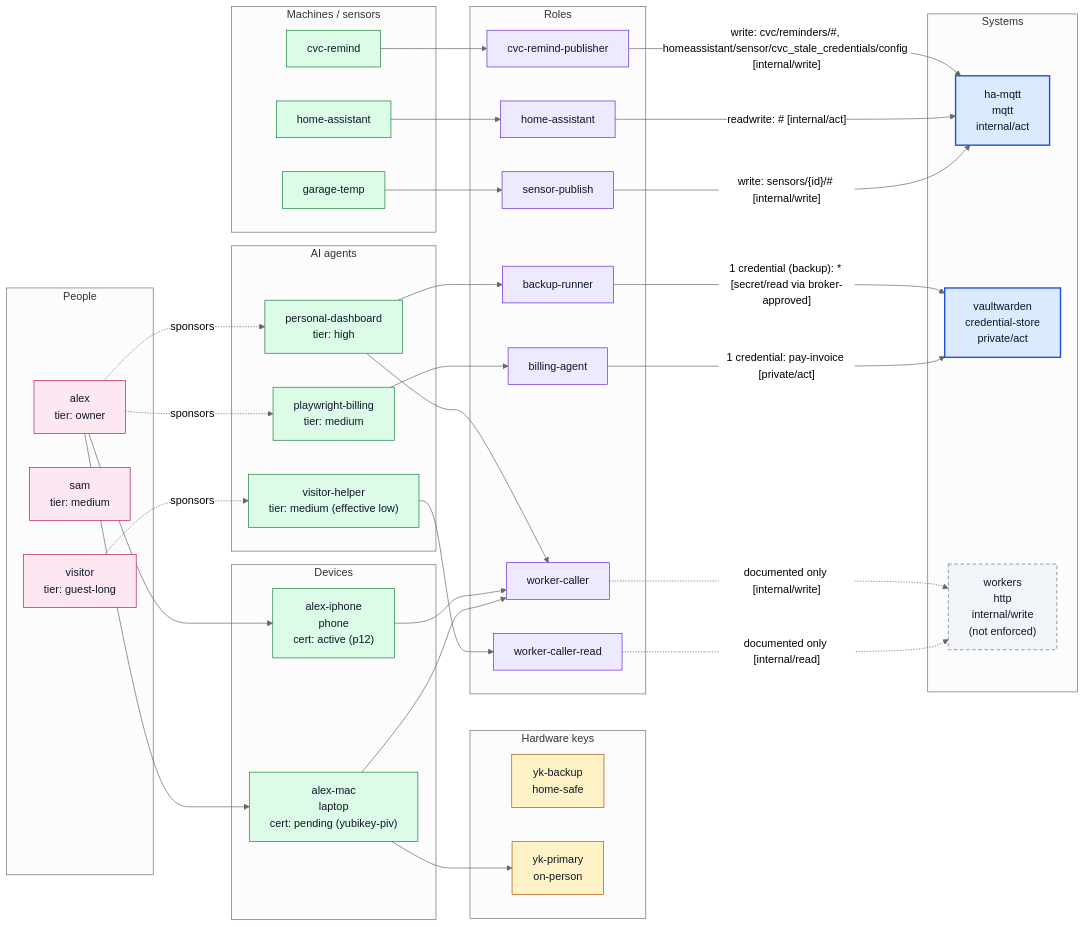
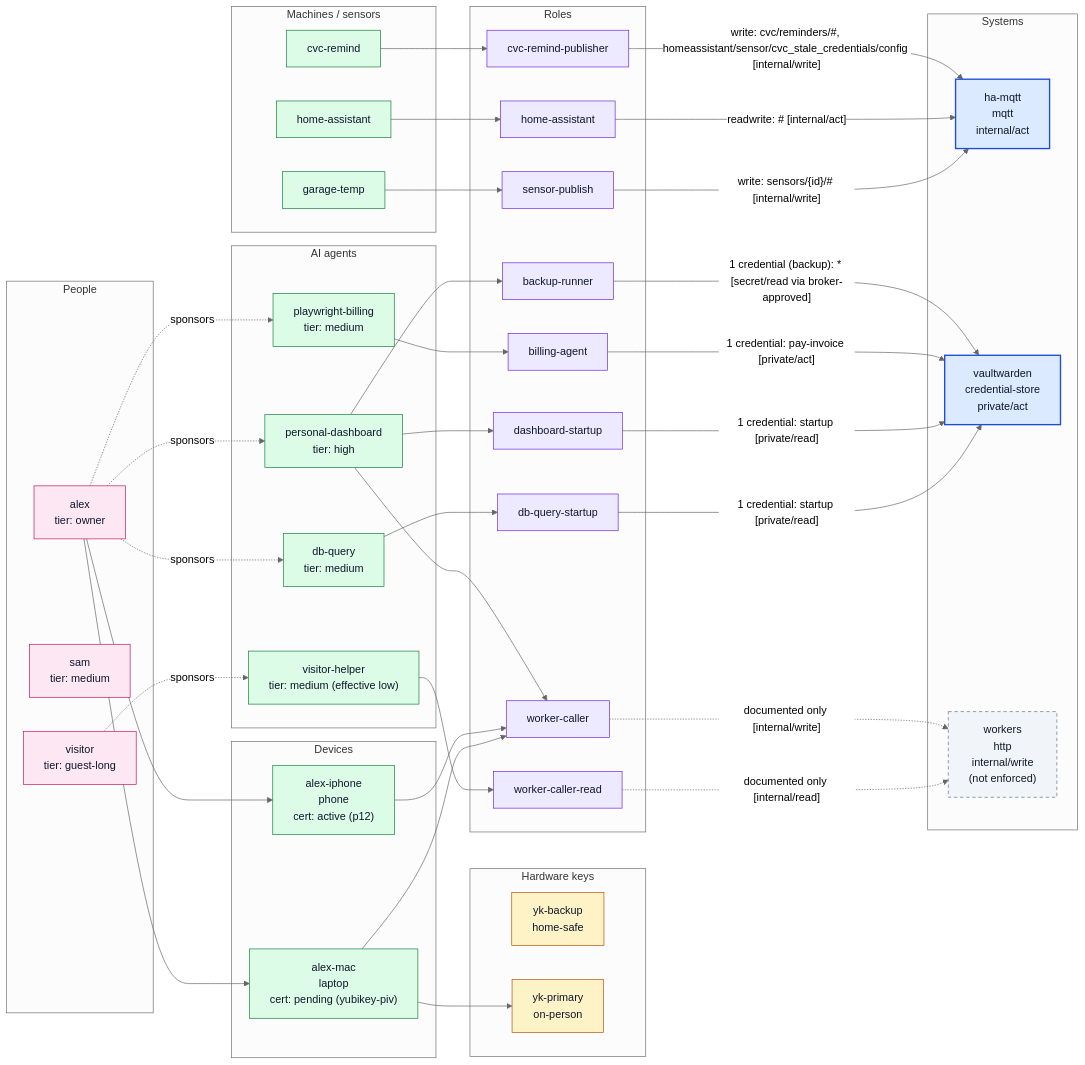
One commit to opusvar/credential_organizer changed the diagram in docs/access-graph.example.md. Above: the diagram before and after it, drawn with Mermaid (neutral theme). The commit also changed other lines of this file and 3 other files, not shown here.

First line of the commit message:
register personal-dashboard and db-query agents

````diff
--- a/docs/access-graph.example.md
+++ b/docs/access-graph.example.md
@@ -5,6 +5,7 @@
 ```mermaid
 flowchart LR
     subgraph agents["AI agents"]
+        p_db_query["db-query<br/>tier: medium"]
         p_personal_dashboard["personal-dashboard<br/>tier: high"]
         p_playwright_billing["playwright-billing<br/>tier: medium"]
         p_visitor_helper["visitor-helper<br/>tier: medium (effective low)"]
@@ -31,6 +32,8 @@
         r_backup_runner["backup-runner"]
         r_billing_agent["billing-agent"]
         r_cvc_remind_publisher["cvc-remind-publisher"]
+        r_dashboard_startup["dashboard-startup"]
+        r_db_query_startup["db-query-startup"]
         r_home_assistant["home-assistant"]
         r_sensor_publish["sensor-publish"]
         r_worker_caller["worker-caller"]
@@ -44,10 +47,13 @@
     u_alex --> p_alex_iphone
     u_alex --> p_alex_mac
     p_alex_mac --> k_yk_primary
+    u_alex -.->|"sponsors"| p_db_query
     u_alex -.->|"sponsors"| p_personal_dashboard
     u_alex -.->|"sponsors"| p_playwright_billing
     u_visitor -.->|"sponsors"| p_visitor_helper
+    p_db_query --> r_db_query_startup
     p_personal_dashboard --> r_backup_runner
+    p_personal_dashboard --> r_dashboard_startup
     p_personal_dashboard --> r_worker_caller
     p_playwright_billing --> r_billing_agent
     p_visitor_helper --> r_worker_caller_read
@@ -59,6 +65,8 @@
     r_backup_runner -->|"1 credential #40;backup#41;: * #91;secret/read via broker-approved#93;"| s_vaultwarden
     r_billing_agent -->|"1 credential: pay-invoice #91;private/act#93;"| s_vaultwarden
     r_cvc_remind_publisher -->|"write: cvc/reminders/#35;, homeassistant/sensor/cvc_stale_credentials/config #91;internal/write#93;"| s_ha_mqtt
+    r_dashboard_startup -->|"1 credential: startup #91;private/read#93;"| s_vaultwarden
+    r_db_query_startup -->|"1 credential: startup #91;private/read#93;"| s_vaultwarden
     r_home_assistant -->|"readwrite: #35; #91;internal/act#93;"| s_ha_mqtt
     r_sensor_publish -->|"write: sensors/#123;id#125;/#35; #91;internal/write#93;"| s_ha_mqtt
     r_worker_caller -.->|"documented only #91;internal/write#93;"| s_workers
@@ -75,7 +83,7 @@
     class s_ha_mqtt,s_vaultwarden enforced
     class k_yk_backup,k_yk_primary hwkey
     class u_alex,u_sam,u_visitor person
-    class p_personal_dashboard,p_playwright_billing,p_visitor_helper,p_cvc_remind,p_garage_temp,p_home_assistant,p_alex_iphone,p_alex_mac principal
-    class r_backup_runner,r_billing_agent,r_cvc_remind_publisher,r_home_assistant,r_sensor_publish,r_worker_caller,r_worker_caller_read role
+    class p_db_query,p_personal_dashboard,p_playwright_billing,p_visitor_helper,p_cvc_remind,p_garage_temp,p_home_assistant,p_alex_iphone,p_alex_mac principal
+    class r_backup_runner,r_billing_agent,r_cvc_remind_publisher,r_dashboard_startup,r_db_query_startup,r_home_assistant,r_sensor_publish,r_worker_caller,r_worker_caller_read role
     class s_workers unenforced
 ```
````
